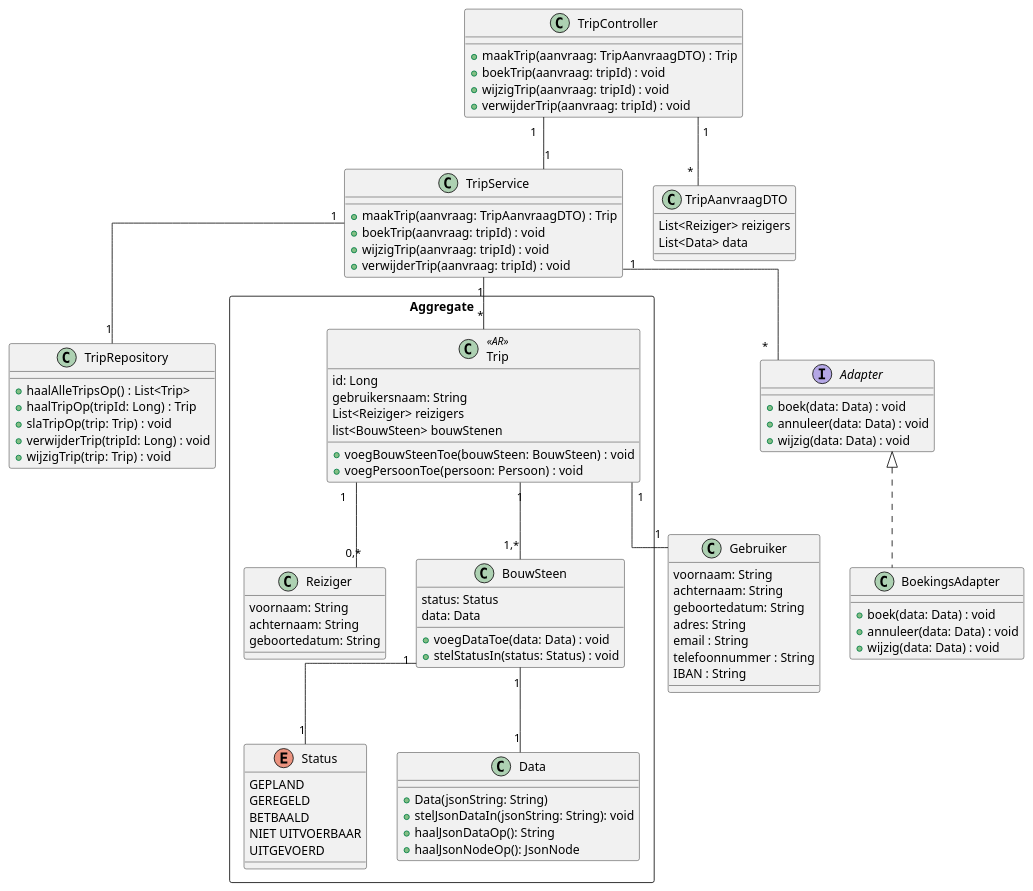
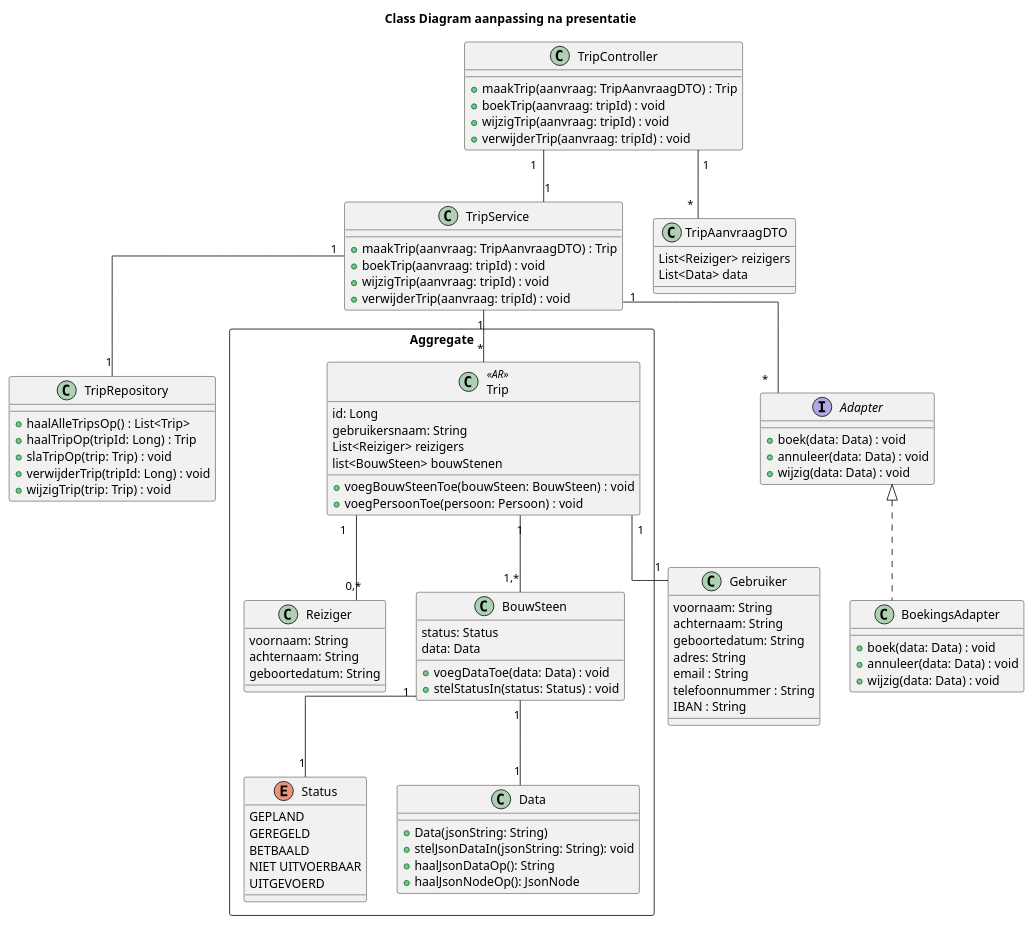
One commit to AIM-ENE-feb25/triptop-livingin-s-pain-nouri-siebe-boris changed the diagram in opdracht-diagrammen/Groeps-diagram/ClassdiagramPostPres.puml. Above: the diagram before and after it, drawn with PlantUML. The commit also changed 2 other files, not shown here.

```diff
--- a/opdracht-diagrammen/Groeps-diagram/ClassdiagramPostPres.puml
+++ b/opdracht-diagrammen/Groeps-diagram/ClassdiagramPostPres.puml
@@ -1,109 +1,111 @@
 @startuml
 'https://plantuml.com/class-diagram
+
+title Class Diagram aanpassing na presentatie
 skinparam linetype ortho
 
 class TripController {
     +maakTrip(aanvraag: TripAanvraagDTO) : Trip
     +boekTrip(aanvraag: tripId) : void
     +wijzigTrip(aanvraag: tripId) : void
     +verwijderTrip(aanvraag: tripId) : void
 }
 
 class TripService {
     +maakTrip(aanvraag: TripAanvraagDTO) : Trip
     +boekTrip(aanvraag: tripId) : void
     +wijzigTrip(aanvraag: tripId) : void
     +verwijderTrip(aanvraag: tripId) : void
 }
 
 class TripRepository {
     +haalAlleTripsOp() : List<Trip>
     +haalTripOp(tripId: Long) : Trip
     +slaTripOp(trip: Trip) : void
     +verwijderTrip(tripId: Long) : void
     +wijzigTrip(trip: Trip) : void
 }
 
 class Gebruiker {
     voornaam: String
     achternaam: String
     geboortedatum: String
     adres: String
     email : String
     telefoonnummer : String
     IBAN : String
 }
 
 rectangle "Aggregate" {
 
 class Trip <<AR>> {
     id: Long
     gebruikersnaam: String
     List<Reiziger> reizigers
     list<BouwSteen> bouwStenen
     +voegBouwSteenToe(bouwSteen: BouwSteen) : void
     +voegPersoonToe(persoon: Persoon) : void
 }
 
 class Reiziger {
     voornaam: String
     achternaam: String
     geboortedatum: String
 }
 
 class BouwSteen {
     status: Status
     data: Data
     +voegDataToe(data: Data) : void
     +stelStatusIn(status: Status) : void
 }
 
 enum Status {
    GEPLAND
    GEREGELD
    BETBAALD
    NIET UITVOERBAAR
    UITGEVOERD
 }
 
 class Data {
   +Data(jsonString: String)
   +stelJsonDataIn(jsonString: String): void
   +haalJsonDataOp(): String
   +haalJsonNodeOp(): JsonNode
 }
 }
 
 
 
 interface Adapter {
     +boek(data: Data) : void
     +annuleer(data: Data) : void
     +wijzig(data: Data) : void
 }
 
 class BoekingsAdapter implements Adapter {
     +boek(data: Data) : void
     +annuleer(data: Data) : void
     +wijzig(data: Data) : void
 }
 
 class TripAanvraagDTO {
     List<Reiziger> reizigers
     List<Data> data
 }
 
 TripController "1" -- "1" TripService
 TripService "1" -- "1" TripRepository
 TripController "1" -- "*" TripAanvraagDTO
 
 TripService "1" -- "*" Trip
 TripService "1" -- "*" Adapter
 
 BouwSteen "1" -- "1" Data
 BouwSteen "1" -- "1" Status
 Trip "1" -- "1,*" BouwSteen
 Trip "1" -- "0,*" Reiziger
 Trip "1" -- "1" Gebruiker
 
 @enduml
```
